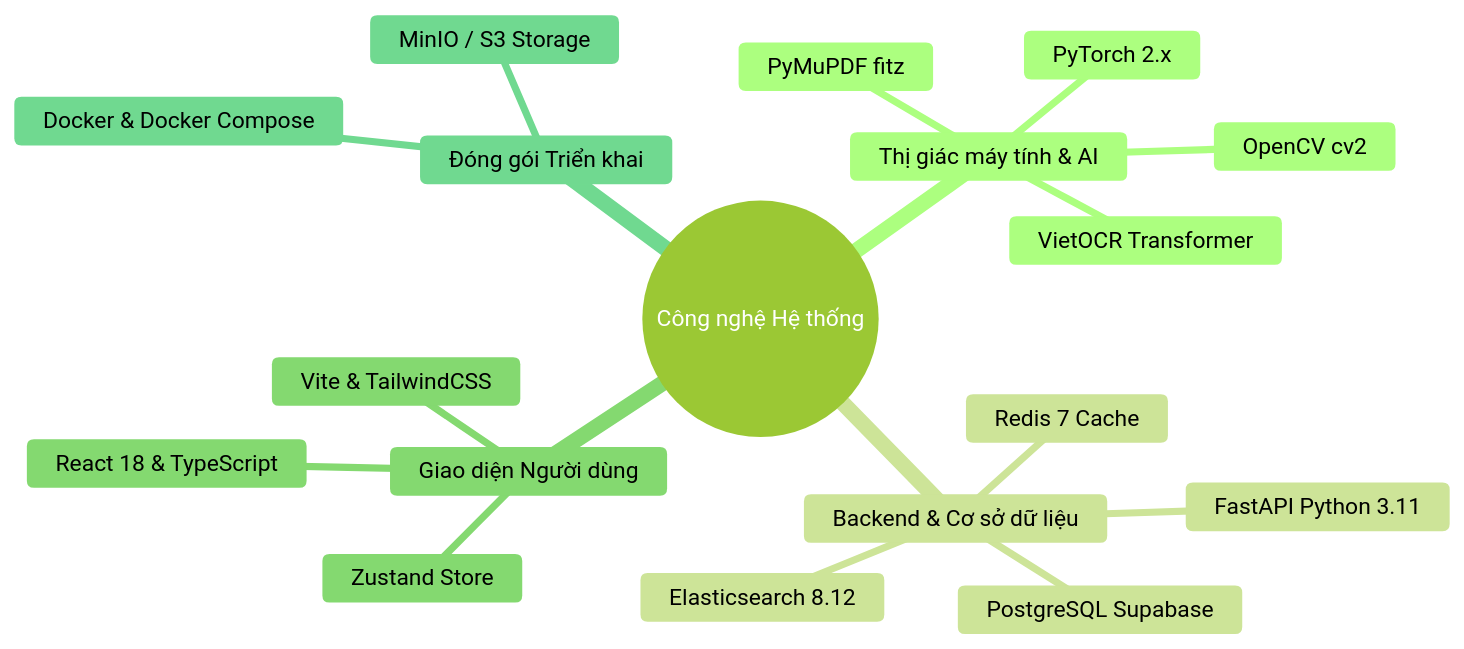
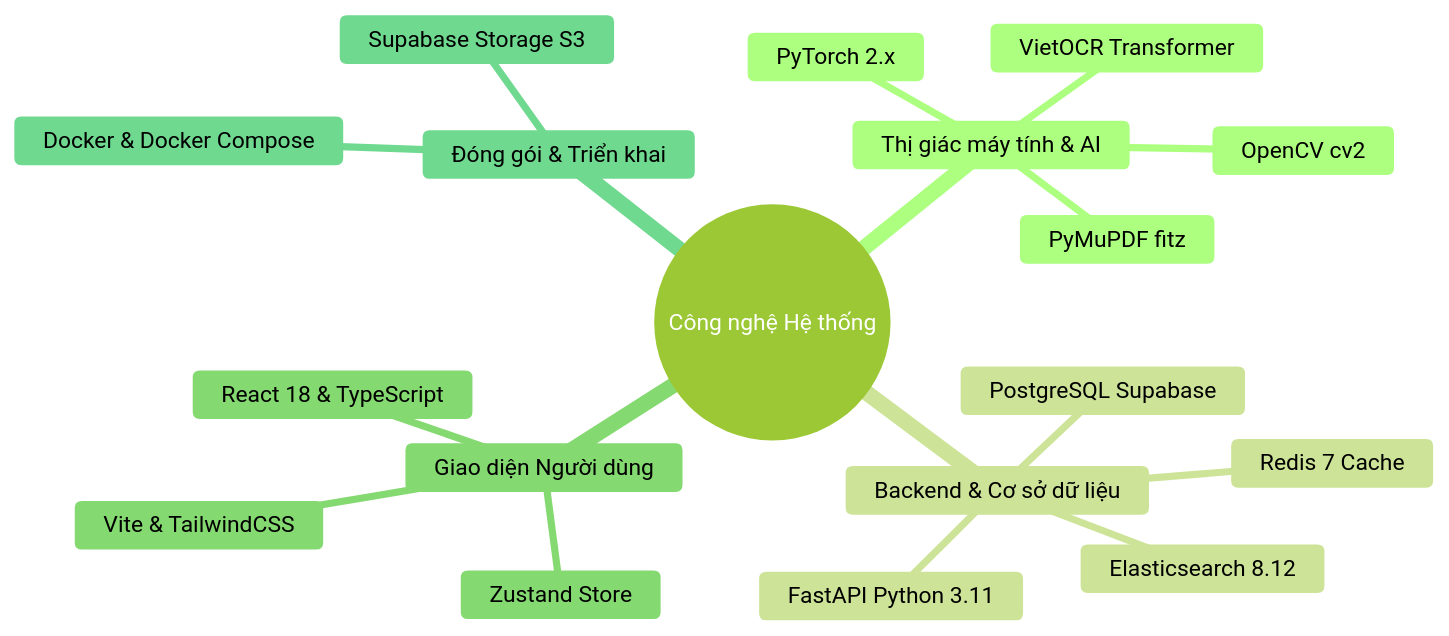
The first of 4 diagrams in noidungpp.md (thanh063456/-ATN), drawn with Mermaid (forest theme) before and after one commit. The commit also changed other lines of this file, not shown here.

````diff
--- a/noidungpp.md
+++ b/noidungpp.md
@@ -29,21 +31,21 @@
 ```mermaid
 mindmap
   root((Công nghệ Hệ thống))
     Thị giác máy tính & AI
       PyTorch 2.x
       VietOCR Transformer
       OpenCV cv2
       PyMuPDF fitz
     Backend & Cơ sở dữ liệu
       FastAPI Python 3.11
       PostgreSQL Supabase
       Elasticsearch 8.12
       Redis 7 Cache
     Giao diện Người dùng
       React 18 & TypeScript
       Vite & TailwindCSS
       Zustand Store
-    Đóng gói Triển khai
+    Đóng gói & Triển khai
       Docker & Docker Compose
-      MinIO / S3 Storage
+      Supabase Storage S3
 ```
````
